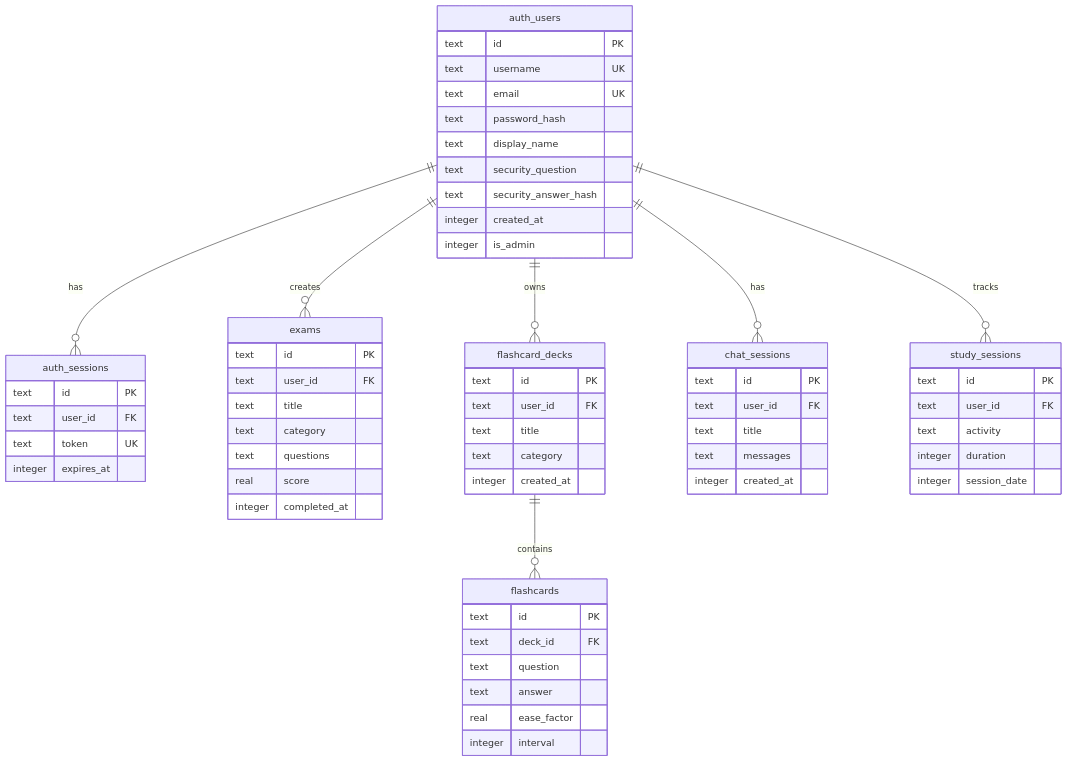
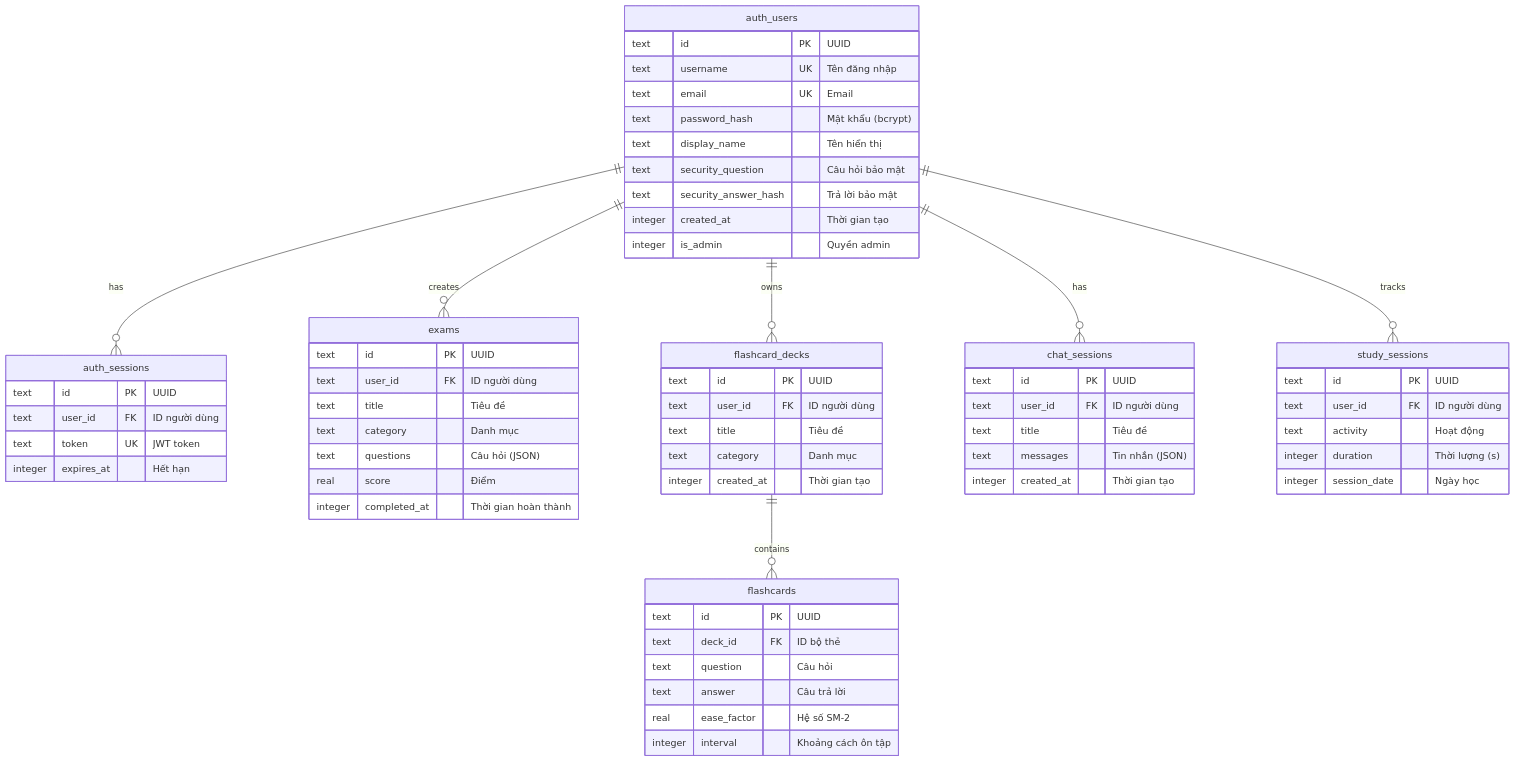
The sixth of 6 diagrams in README.md (LongNgn204/totnghiepcongnghecungai1), drawn with Mermaid before and after one commit. The commit also changed other lines of this file and 4 other files, not shown here.

````diff
--- a/README.md
+++ b/README.md
@@ -414,71 +405,71 @@
 ```mermaid
 erDiagram
     auth_users ||--o{ auth_sessions : has
     auth_users ||--o{ exams : creates
     auth_users ||--o{ flashcard_decks : owns
     auth_users ||--o{ chat_sessions : has
     auth_users ||--o{ study_sessions : tracks
     flashcard_decks ||--o{ flashcards : contains
 
     auth_users {
-        text id PK
-        text username UK
-        text email UK
-        text password_hash
-        text display_name
-        text security_question
-        text security_answer_hash
-        integer created_at
-        integer is_admin
+        text id PK "UUID"
+        text username UK "Tên đăng nhập"
+        text email UK "Email"
+        text password_hash "Mật khẩu (bcrypt)"
+        text display_name "Tên hiển thị"
+        text security_question "Câu hỏi bảo mật"
+        text security_answer_hash "Trả lời bảo mật"
+        integer created_at "Thời gian tạo"
+        integer is_admin "Quyền admin"
     }
 
     auth_sessions {
-        text id PK
-        text user_id FK
-        text token UK
-        integer expires_at
+        text id PK "UUID"
+        text user_id FK "ID người dùng"
+        text token UK "JWT token"
+        integer expires_at "Hết hạn"
     }
 
     exams {
-        text id PK
-        text user_id FK
-        text title
-        text category
-        text questions
-        real score
-        integer completed_at
+        text id PK "UUID"
+        text user_id FK "ID người dùng"
+        text title "Tiêu đề"
+        text category "Danh mục"
+        text questions "Câu hỏi (JSON)"
+        real score "Điểm"
+        integer completed_at "Thời gian hoàn thành"
     }
 
     flashcard_decks {
-        text id PK
-        text user_id FK
-        text title
-        text category
-        integer created_at
+        text id PK "UUID"
+        text user_id FK "ID người dùng"
+        text title "Tiêu đề"
+        text category "Danh mục"
+        integer created_at "Thời gian tạo"
     }
 
     flashcards {
-        text id PK
-        text deck_id FK
-        text question
-        text answer
-        real ease_factor
-        integer interval
+        text id PK "UUID"
+        text deck_id FK "ID bộ thẻ"
+        text question "Câu hỏi"
+        text answer "Câu trả lời"
+        real ease_factor "Hệ số SM-2"
+        integer interval "Khoảng cách ôn tập"
     }
 
     chat_sessions {
-        text id PK
-        text user_id FK
-        text title
-        text messages
-        integer created_at
+        text id PK "UUID"
+        text user_id FK "ID người dùng"
+        text title "Tiêu đề"
+        text messages "Tin nhắn (JSON)"
+        integer created_at "Thời gian tạo"
     }
 
     study_sessions {
-        text id PK
-        text user_id FK
-        text activity
-        integer duration
-        integer session_date
+        text id PK "UUID"
+        text user_id FK "ID người dùng"
+        text activity "Hoạt động"
+        integer duration "Thời lượng (s)"
+        integer session_date "Ngày học"
     }
 ```
````
